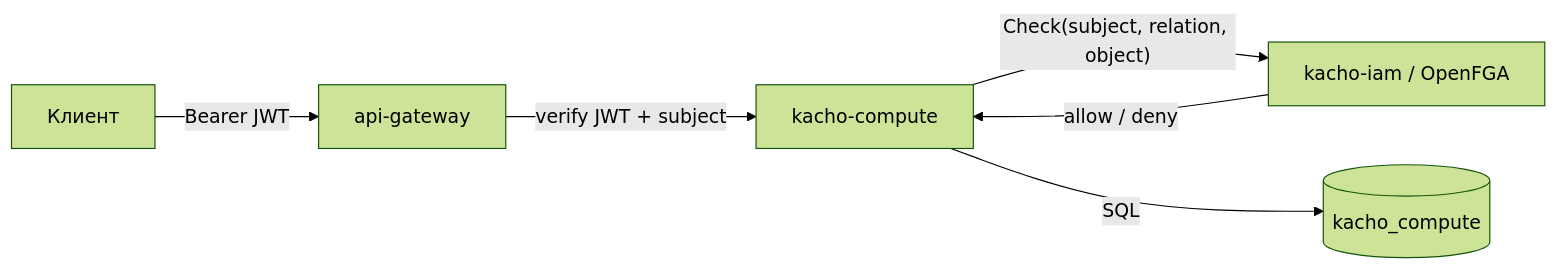
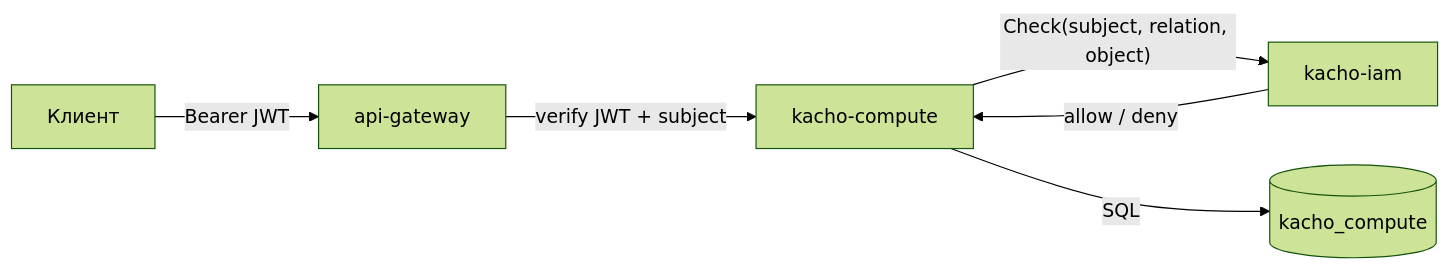
The diagram in services/compute/docs/content/architecture/authz.mdx (PRO-Robotech/kacho), drawn with Mermaid (forest theme) before and after one commit. The commit also changed other lines of this file and 589 other files, not shown here.

````diff
--- a/services/compute/docs/content/architecture/authz.mdx
+++ b/services/compute/docs/content/architecture/authz.mdx
@@ -52,8 +52,8 @@
 ```mermaid
 flowchart LR
   cli["Клиент"] -->|"Bearer JWT"| agw["api-gateway"]
   agw -->|"verify JWT + subject"| cmp["kacho-compute"]
-  cmp -->|"Check(subject, relation, object)"| iam["kacho-iam / OpenFGA"]
+  cmp -->|"Check(subject, relation, object)"| iam["kacho-iam"]
   iam -->|"allow / deny"| cmp
   cmp -->|"SQL"| pg[("kacho_compute")]
 ```
````
